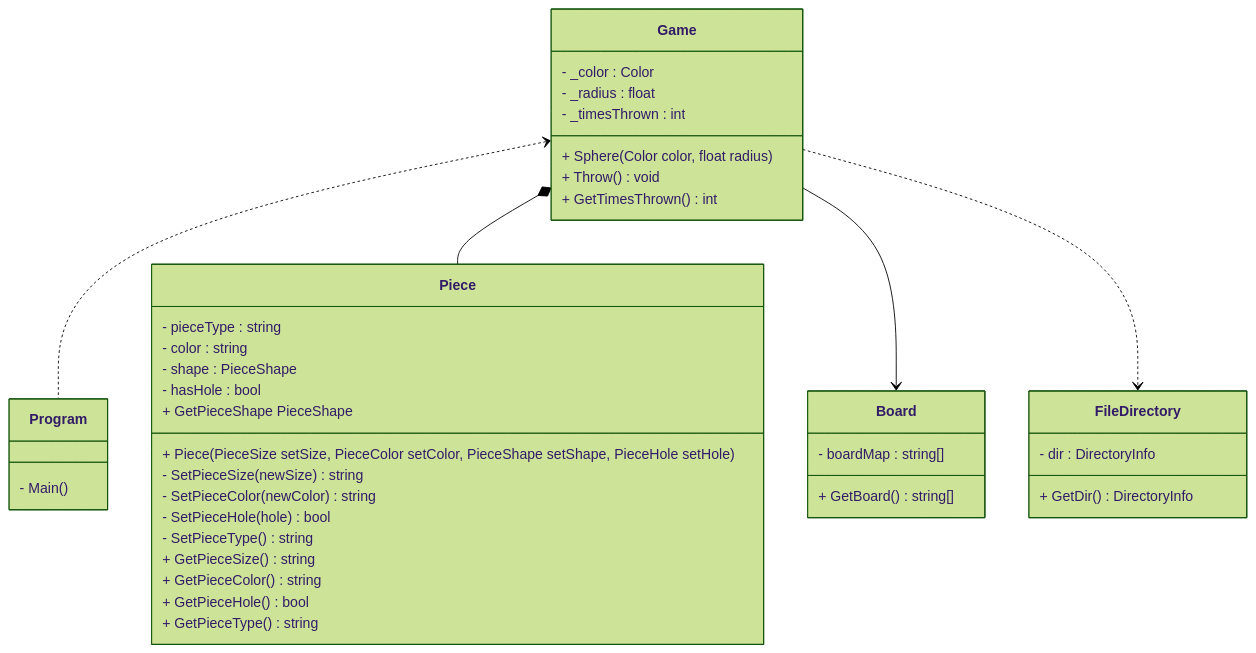
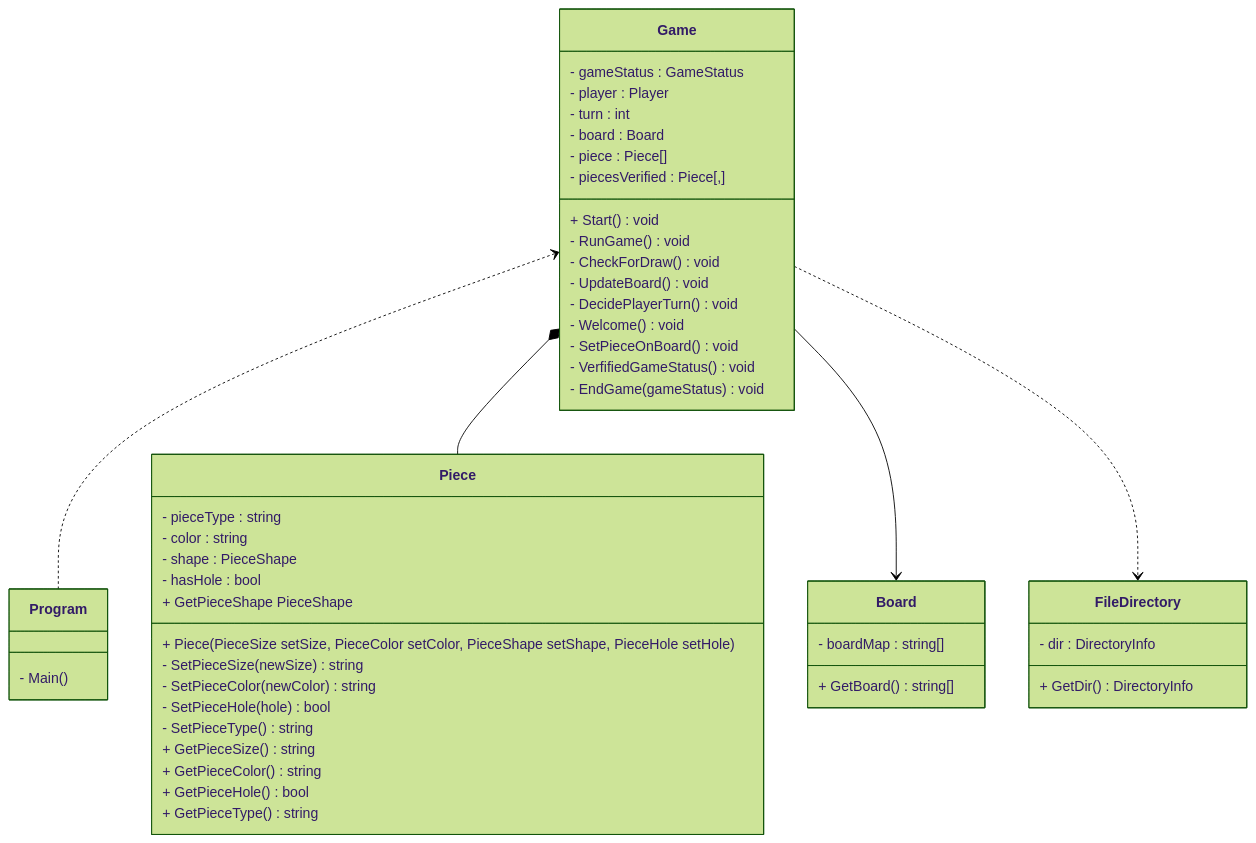
Before and after one commit to bryanb619/GaloDaVelha: the diagram in UML_Diagram.md, drawn with Mermaid (forest theme).

Commit message:
Game fix for UML

````diff
--- a/UML_Diagram.md
+++ b/UML_Diagram.md
@@ -3,57 +3,68 @@
 ```mermaid
 
 classDiagram
 
 
 
     Game    <.. Program 
     Game    *--  Piece
     Game    --> Board
     Game    ..> FileDirectory
 
     class Program{
        - Main()
      
     }
     class Piece{
         - pieceType : string
         - color : string
         - shape : PieceShape 
         - hasHole : bool
         + Piece(PieceSize setSize, PieceColor setColor, PieceShape setShape, PieceHole setHole)
 
         - SetPieceSize (newSize)  string
         - SetPieceColor (newColor) string
         - SetPieceHole (hole) bool
         - SetPieceType() string
 
         + GetPieceSize() string
         + GetPieceColor() string 
         + GetPieceShape PieceShape
         + GetPieceHole() bool
         + GetPieceType() string
     }
 
     
     class Board{
         - boardMap : string[]
         + GetBoard() string[]
         
 
     }
     class Game{
-        - _color : Color
-        - _radius : float
-        - _timesThrown : int
-        + Sphere(Color color, float radius)
-        + Throw() void
-        + GetTimesThrown() int
+        - gameStatus            : GameStatus
+        - player                : Player
+        - turn                  : int
+        - board                 : Board
+        - piece                 : Piece[]
+        - piecesVerified        : Piece[,]
+
+        + Start()               void
+        - RunGame()             void
+        - CheckForDraw()        void
+        - UpdateBoard()         void
+        - DecidePlayerTurn()    void
+        - Welcome()             void
+        - SetPieceOnBoard()     void
+        - VerfifiedGameStatus() void
+        - EndGame(gameStatus)   void
+
     }
 
     class FileDirectory{
         - dir : DirectoryInfo 
         + GetDir() DirectoryInfo
     }
     
 
 ```
````
